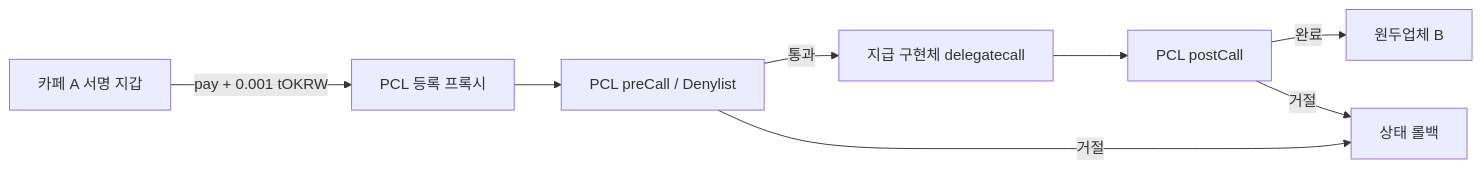
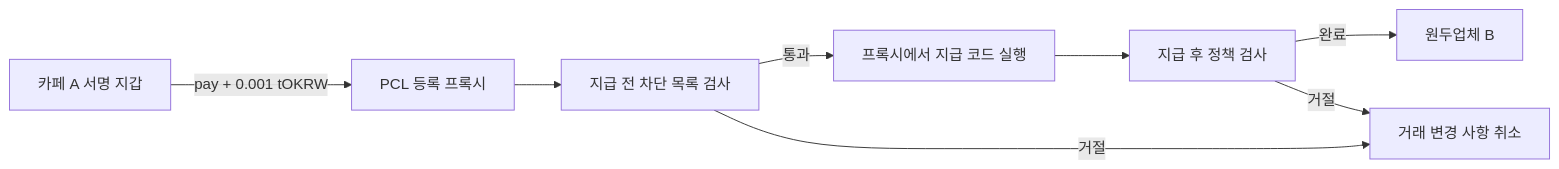
Before and after one commit to nubro999/maroo-devrel-submission: the first of 2 diagrams in docs/ARCHITECTURE.md, drawn with Mermaid. The commit also changed other lines of this file and 9 other files, not shown here.

````diff
--- a/docs/ARCHITECTURE.md
+++ b/docs/ARCHITECTURE.md
@@ -5,10 +5,10 @@
 ```mermaid
 flowchart LR
   A[카페 A 서명 지갑] -->|pay + 0.001 tOKRW| B[PCL 등록 프록시]
-  B --> C[PCL preCall / Denylist]
-  C -->|통과| D[지급 구현체 delegatecall]
-  D --> E[PCL postCall]
+  B --> C[지급 전 차단 목록 검사]
+  C -->|통과| D[프록시에서 지급 코드 실행]
+  D --> E[지급 후 정책 검사]
   E -->|완료| F[원두업체 B]
-  C -->|거절| G[상태 롤백]
+  C -->|거절| G[거래 변경 사항 취소]
   E -->|거절| G
 ```
````
